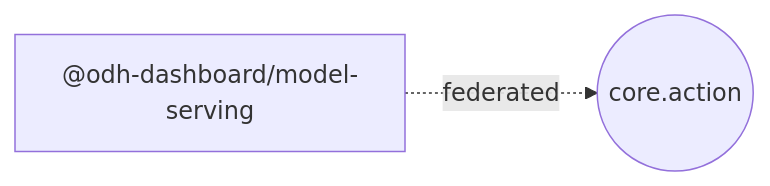
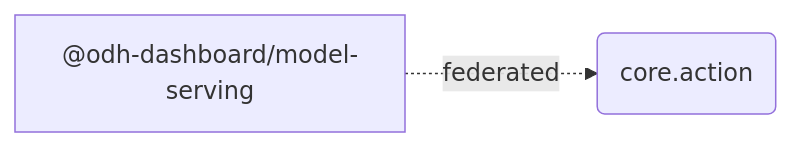
The second of 4 diagrams in packages/model-serving/docs/extensions.md (mturley/odh-dashboard), drawn with Mermaid before and after one commit. The commit also changed other lines of this file and 24 other files, not shown here.

````diff
--- a/packages/model-serving/docs/extensions.md
+++ b/packages/model-serving/docs/extensions.md
@@ -355,6 +355,6 @@
 ```mermaid
 flowchart LR
   pkg_n__odh_dashboard_model_serving_548436["@odh-dashboard/model-serving"]
-  point_n_core_action_c380ca(("core.action"))
+  point_n_core_action_c380ca("core.action")
   pkg_n__odh_dashboard_model_serving_548436 -. "federated" .-> point_n_core_action_c380ca
 ```
````
